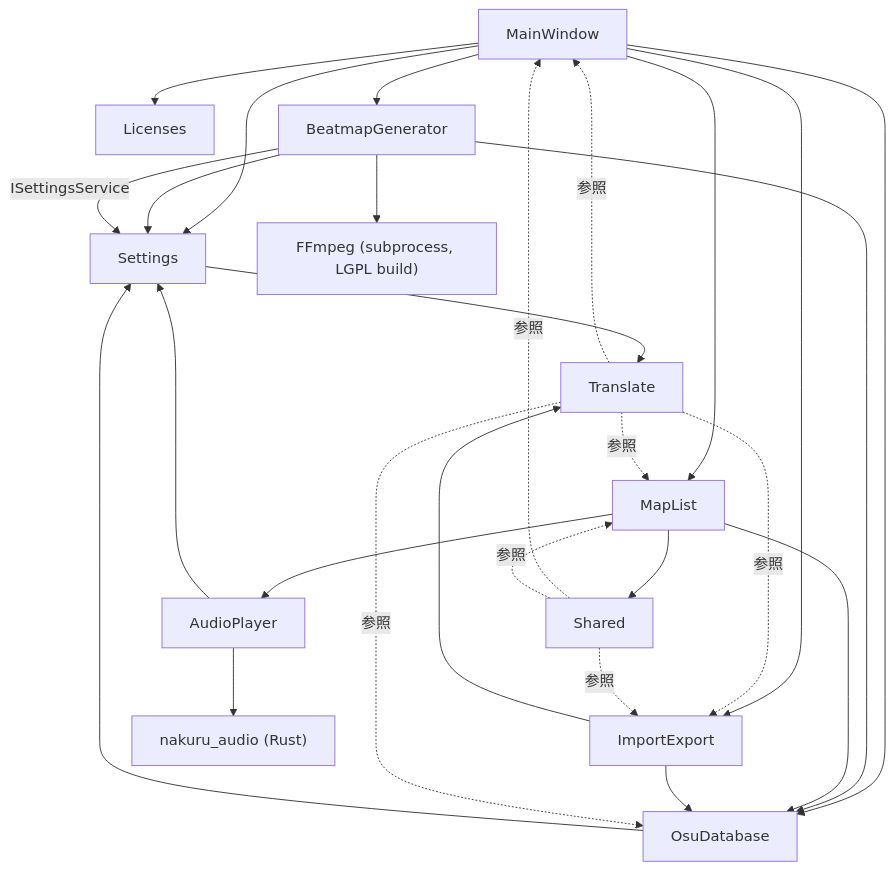
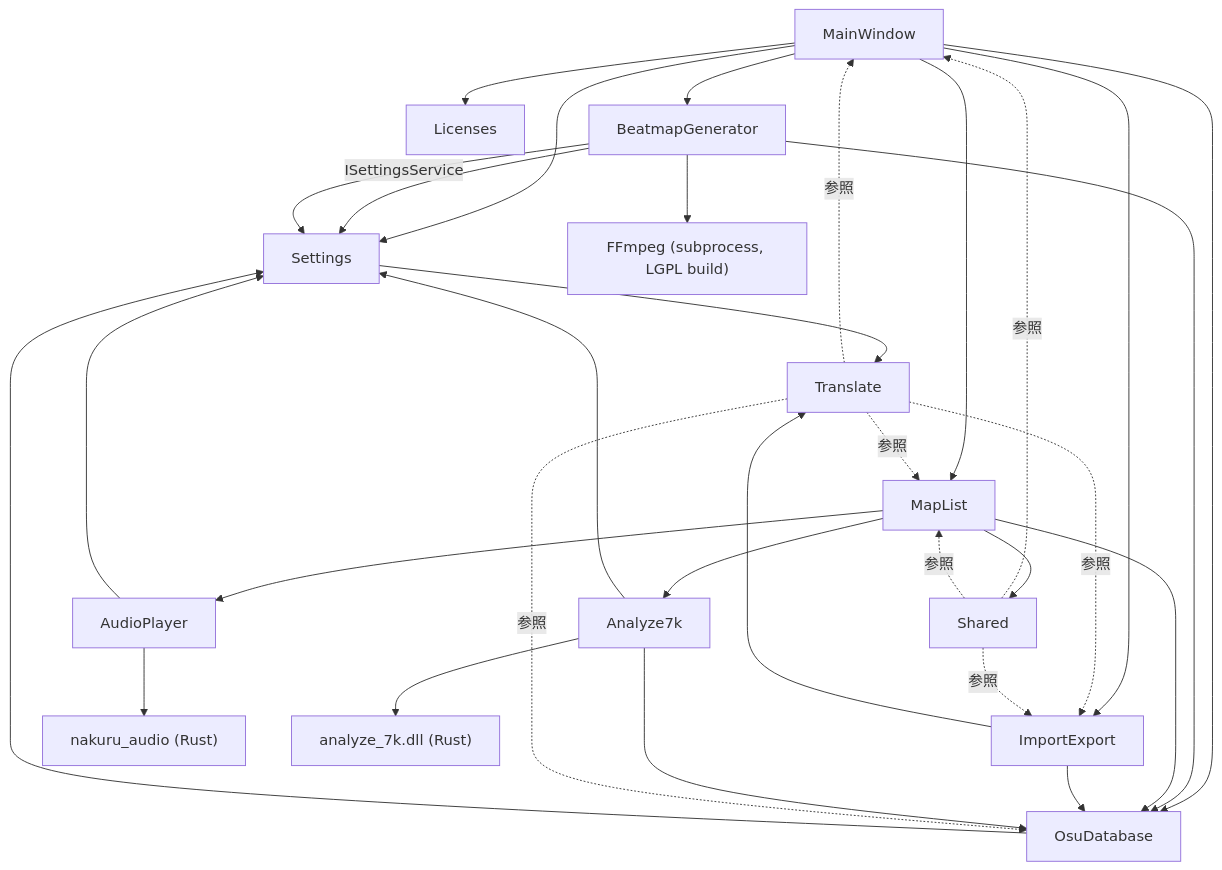
Before and after one commit to rice5941/NakuruTool_Avalonia_AOT: the diagram in docs/ARCHITECTURE.md, drawn with Mermaid. The commit also changed other lines of this file and 88 other files, not shown here.

````diff
--- a/docs/ARCHITECTURE.md
+++ b/docs/ARCHITECTURE.md
@@ -221,29 +229,33 @@
 ```mermaid
 graph TD
     MW[MainWindow] --> Settings
     MW --> OsuDatabase
     MW --> MapList
     MW --> ImportExport
     MW --> Licenses
     MW --> BeatmapGenerator
     BeatmapGenerator --> OsuDatabase
     BeatmapGenerator --> Settings
     BeatmapGenerator -->|ISettingsService| Settings
     MapList --> OsuDatabase
     MapList --> AudioPlayer
     MapList --> Shared
     ImportExport --> OsuDatabase
     ImportExport --> Translate
     AudioPlayer --> Settings
     AudioPlayer --> NativeLib["nakuru_audio (Rust)"]
+    Analyze7k --> OsuDatabase
+    Analyze7k --> Settings
+    Analyze7k --> Analyze7kNative["analyze_7k.dll (Rust)"]
+    MapList --> Analyze7k
     BeatmapGenerator --> FFmpeg["FFmpeg (subprocess, LGPL build)"]
     OsuDatabase --> Settings
     Settings --> Translate
     Translate -.->|参照| MW
     Translate -.->|参照| MapList
     Translate -.->|参照| OsuDatabase
     Translate -.->|参照| ImportExport
     Shared -.->|参照| MW
     Shared -.->|参照| MapList
     Shared -.->|参照| ImportExport
 ```
````
